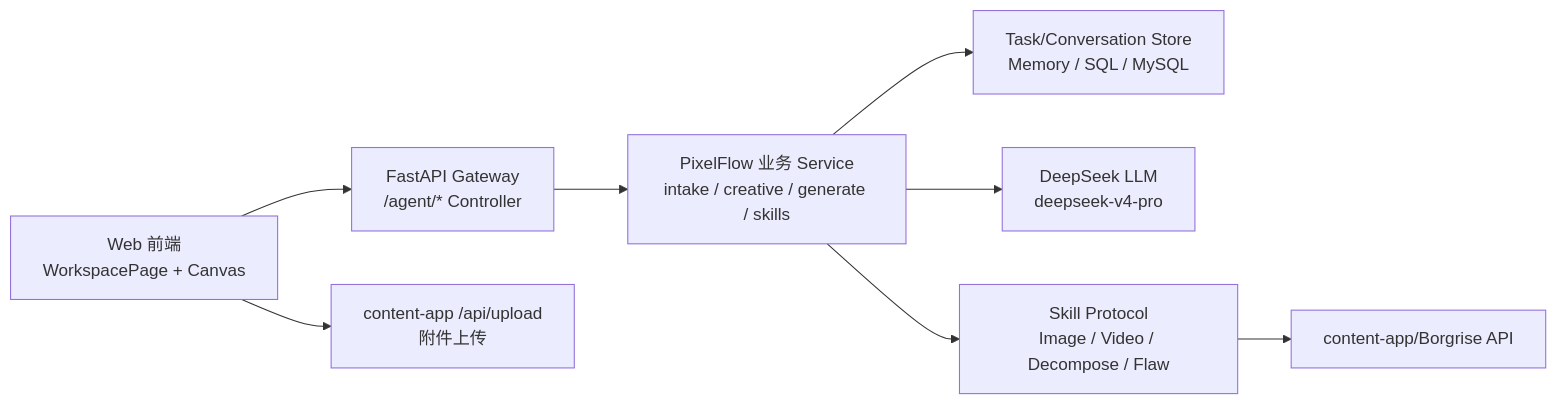
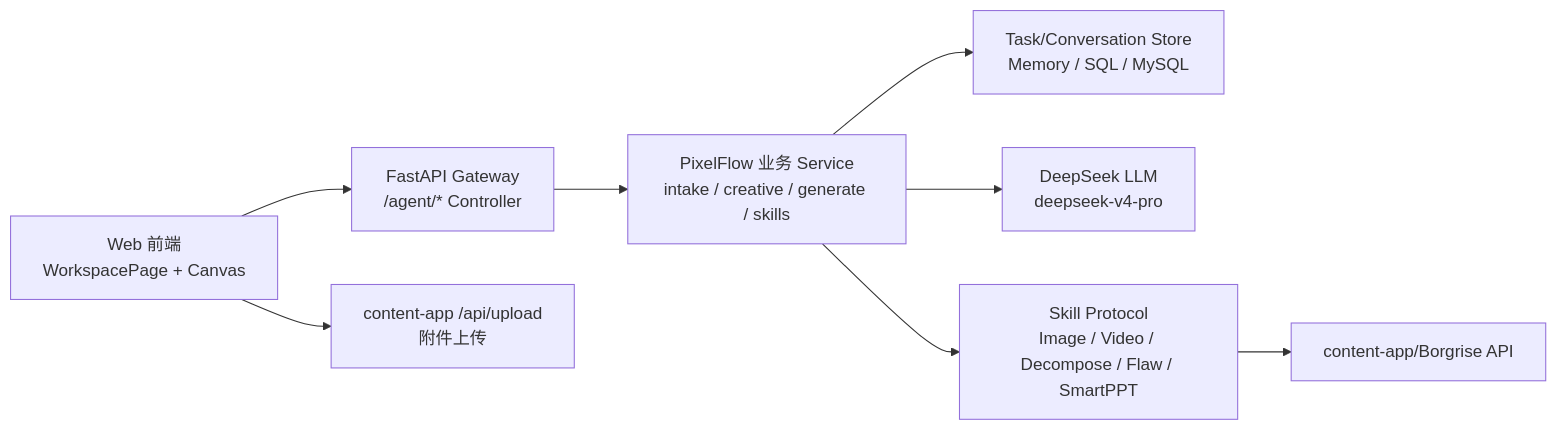
The first of 7 diagrams in docs/pixelflow-agent-skill-flow-latest-design.md (joyslxd/pixelflow), drawn with Mermaid before and after one commit. The commit also changed other lines of this file and 28 other files, not shown here.

First line of the commit message:
feat(ppt): 接入 SmartPPT 异步制作流程

````diff
--- a/docs/pixelflow-agent-skill-flow-latest-design.md
+++ b/docs/pixelflow-agent-skill-flow-latest-design.md
@@ -20,10 +20,10 @@
 ```mermaid
 flowchart LR
   FE["Web 前端<br/>WorkspacePage + Canvas"] --> GW["FastAPI Gateway<br/>/agent/* Controller"]
   GW --> Flow["PixelFlow 业务 Service<br/>intake / creative / generate / skills"]
   Flow --> Store["Task/Conversation Store<br/>Memory / SQL / MySQL"]
   Flow --> LLM["DeepSeek LLM<br/>deepseek-v4-pro"]
-  Flow --> Skill["Skill Protocol<br/>Image / Video / Decompose / Flaw"]
+  Flow --> Skill["Skill Protocol<br/>Image / Video / Decompose / Flaw / SmartPPT"]
   Skill --> Borgrise["content-app/Borgrise API"]
   FE --> Upload["content-app /api/upload<br/>附件上传"]
 ```
````
